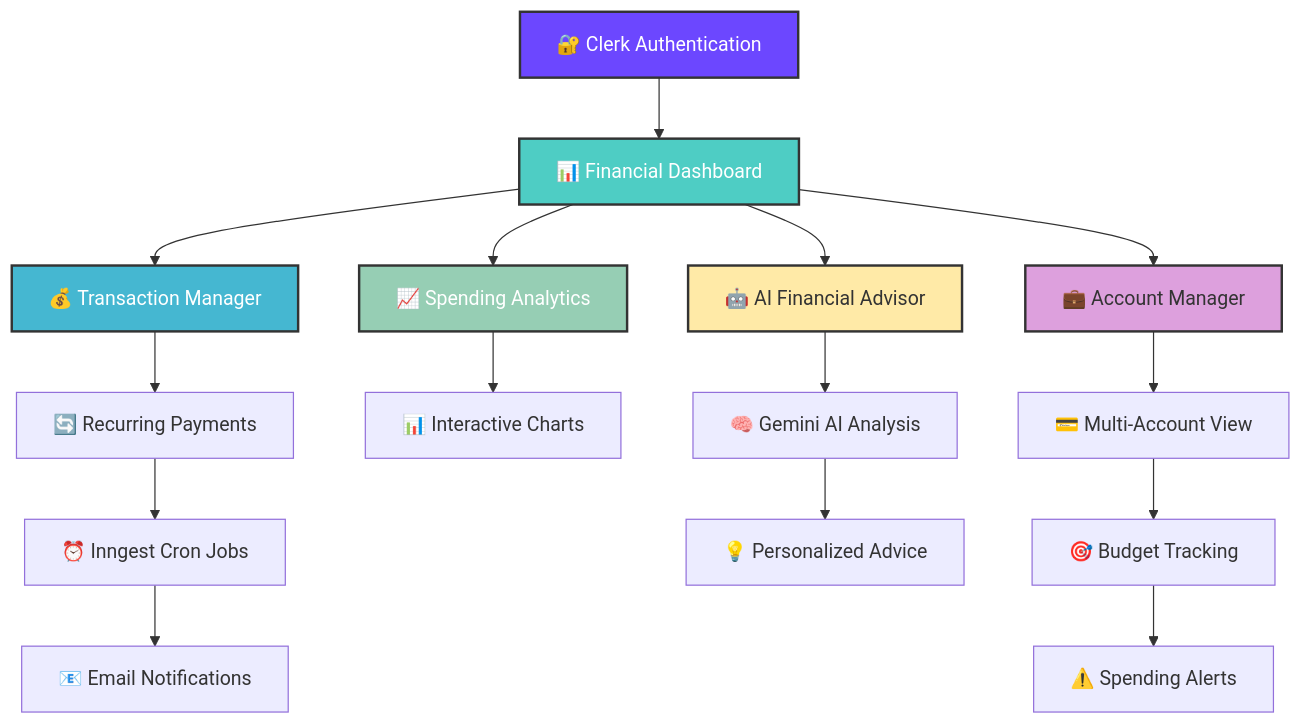
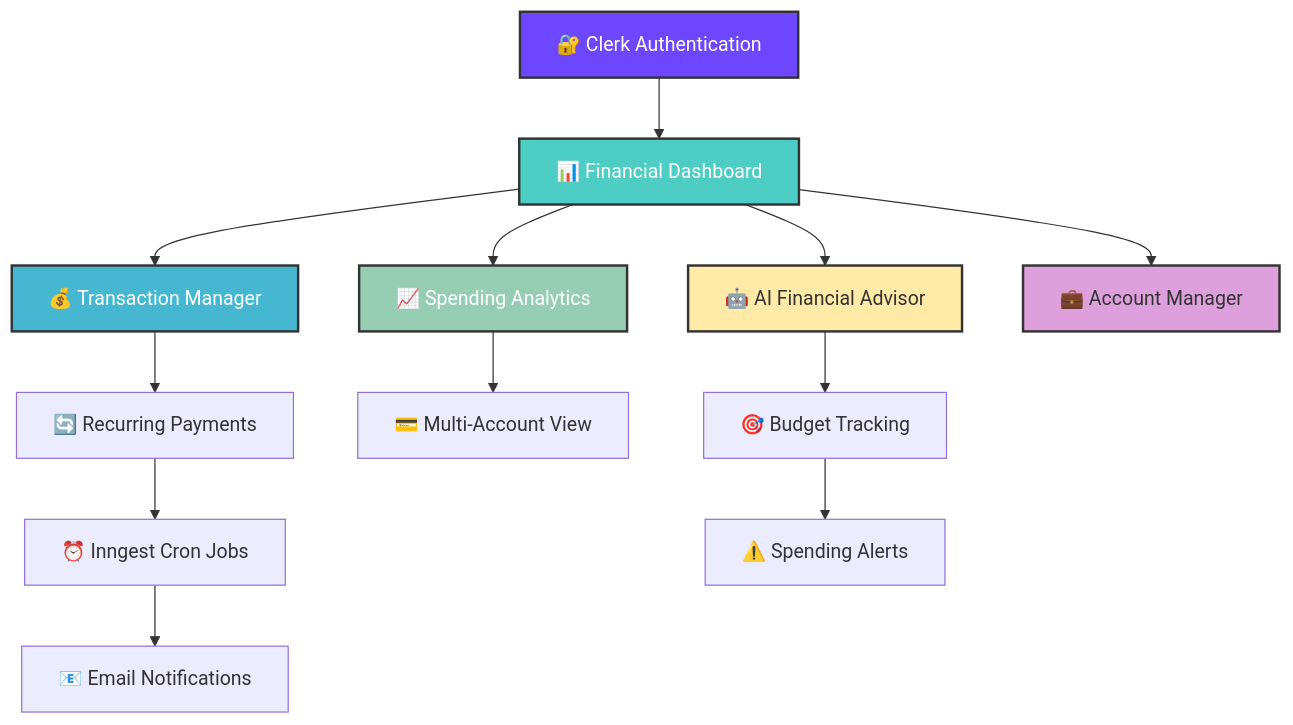
The diagram in README.md (shahbhavya7/Finexa), drawn with Mermaid before and after one commit. The commit also changed other lines of this file, not shown here.

````diff
--- a/README.md
+++ b/README.md
@@ -138,27 +138,23 @@
 ```mermaid
 graph TD
     A[🔐 Clerk Authentication] --> B[📊 Financial Dashboard]
     B --> C[💰 Transaction Manager]
     B --> D[📈 Spending Analytics]
     B --> E[🤖 AI Financial Advisor]
     B --> F[💼 Account Manager]
     
     C --> G[🔄 Recurring Payments]
     G --> H[⏰ Inngest Cron Jobs]
     H --> I[📧 Email Notifications]
     
-    D --> J[📊 Interactive Charts]
-    E --> K[🧠 Gemini AI Analysis]
-    K --> L[💡 Personalized Advice]
-    
-    F --> M[💳 Multi-Account View]
-    M --> N[🎯 Budget Tracking]
-    N --> O[⚠️ Spending Alerts]
+    D --> J[💳 Multi-Account View]
+    E --> K[🎯 Budget Tracking]
+    K --> L[⚠️ Spending Alerts]
     
     style A fill:#6C47FF,stroke:#333,stroke-width:2px,color:#fff
     style B fill:#4ECDC4,stroke:#333,stroke-width:2px,color:#fff
     style C fill:#45B7D1,stroke:#333,stroke-width:2px,color:#fff
     style D fill:#96CEB4,stroke:#333,stroke-width:2px,color:#fff
     style E fill:#FFEAA7,stroke:#333,stroke-width:2px,color:#333
     style F fill:#DDA0DD,stroke:#333,stroke-width:2px,color:#333
 ```
````
